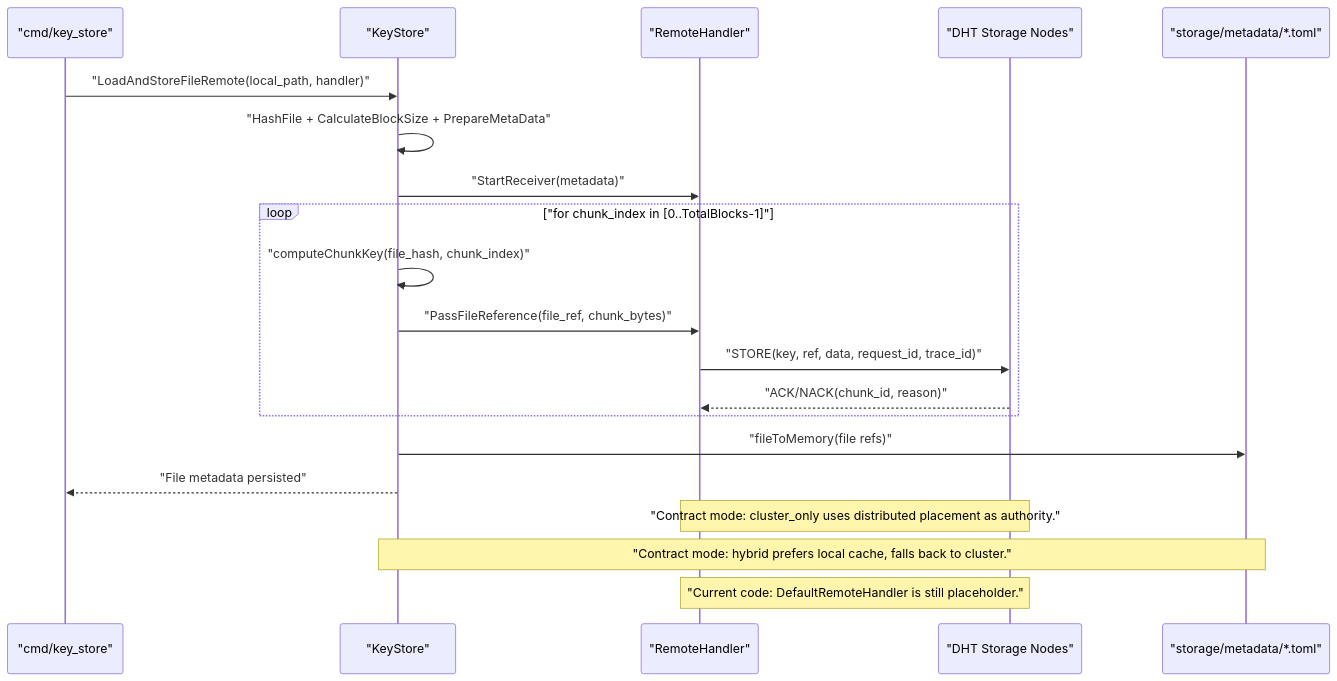
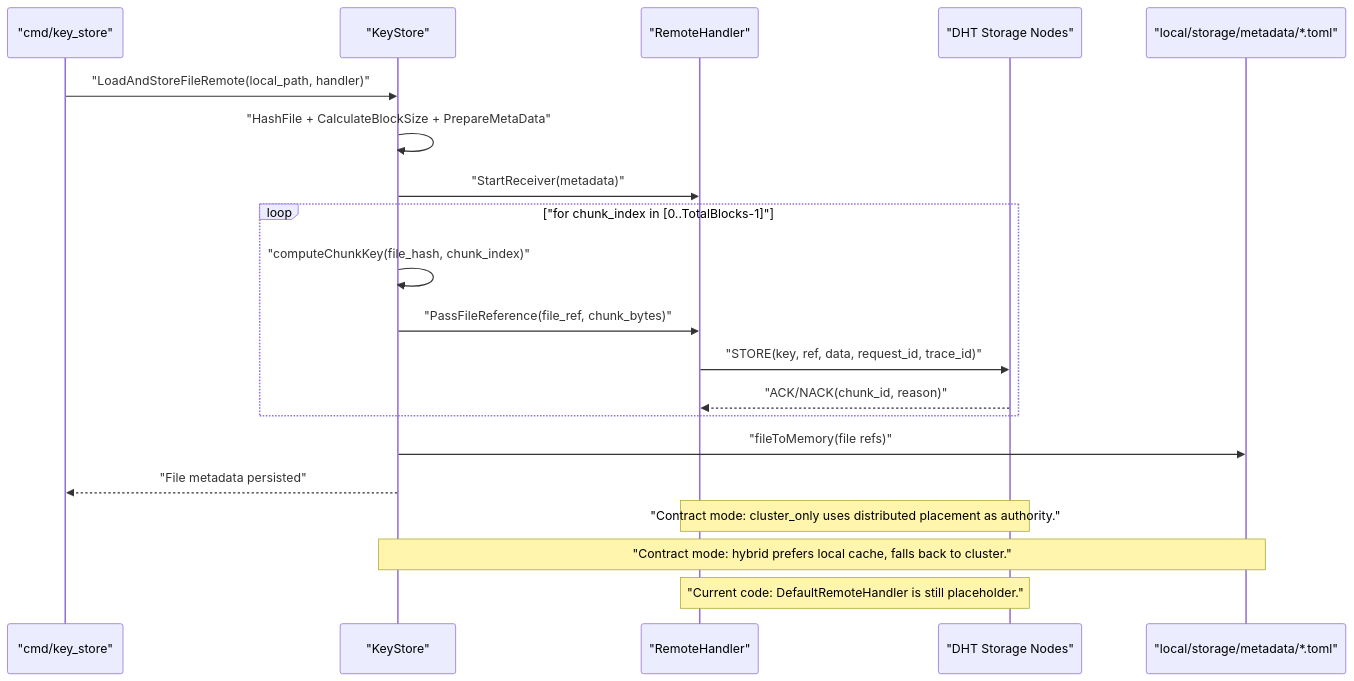
One commit to danmuck/dps_files changed the diagram in docs/architecture/models/keystore_remote_flow.mmd. Above: the diagram before and after it, drawn with Mermaid. The commit also changed 11 other files, not shown here.

```diff
--- a/docs/architecture/models/keystore_remote_flow.mmd
+++ b/docs/architecture/models/keystore_remote_flow.mmd
@@ -1,24 +1,24 @@
 sequenceDiagram
   participant CLI as "cmd/key_store"
   participant KS as "KeyStore"
   participant RH as "RemoteHandler"
   participant DHT as "DHT Storage Nodes"
-  participant META as "storage/metadata/*.toml"
+  participant META as "local/storage/metadata/*.toml"
 
   CLI->>KS: "LoadAndStoreFileRemote(local_path, handler)"
   KS->>KS: "HashFile + CalculateBlockSize + PrepareMetaData"
   KS->>RH: "StartReceiver(metadata)"
 
   loop "for chunk_index in [0..TotalBlocks-1]"
     KS->>KS: "computeChunkKey(file_hash, chunk_index)"
     KS->>RH: "PassFileReference(file_ref, chunk_bytes)"
     RH->>DHT: "STORE(key, ref, data, request_id, trace_id)"
     DHT-->>RH: "ACK/NACK(chunk_id, reason)"
   end
 
   KS->>META: "fileToMemory(file refs)"
   KS-->>CLI: "File metadata persisted"
 
   Note over RH,DHT: "Contract mode: cluster_only uses distributed placement as authority."
   Note over KS,META: "Contract mode: hybrid prefers local cache, falls back to cluster."
   Note over RH,DHT: "Current code: DefaultRemoteHandler is still placeholder."
```
